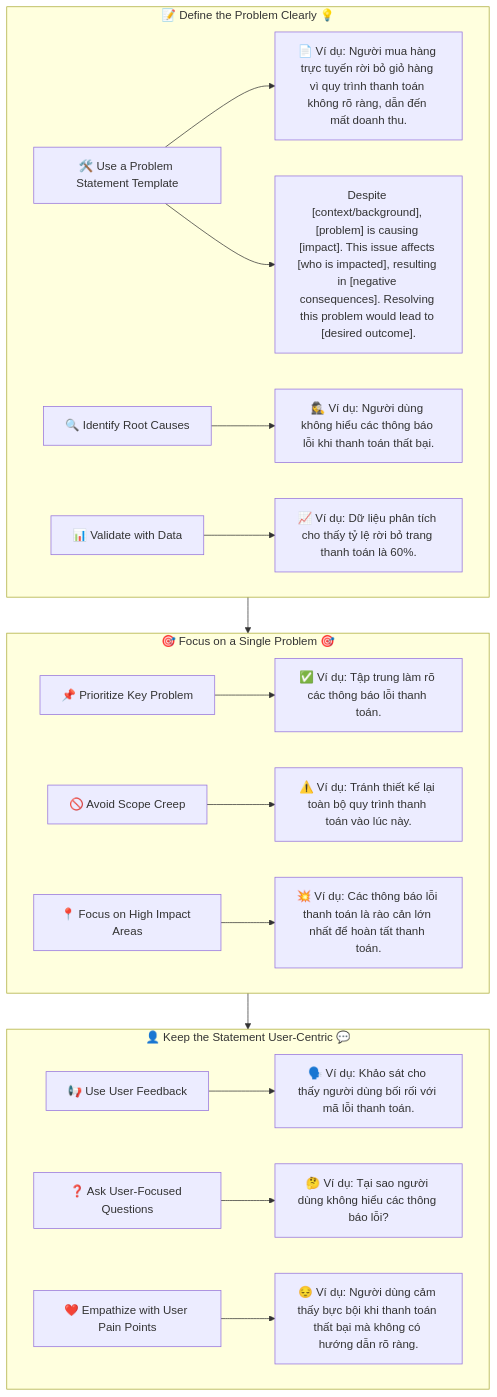
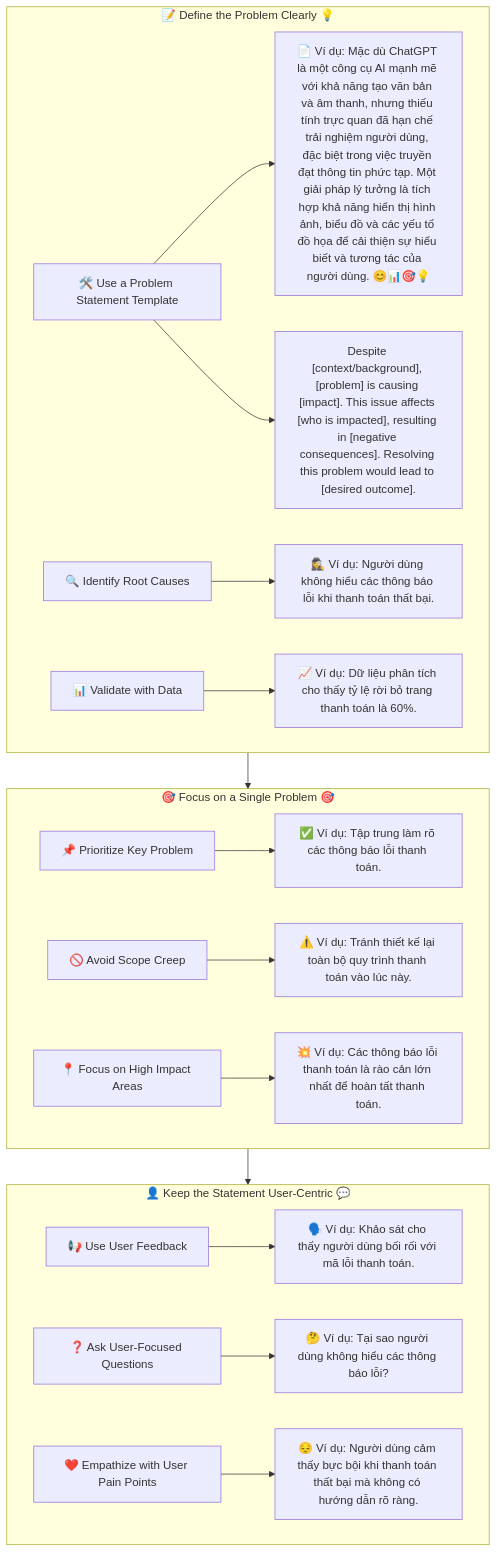
The diagram in docs/designsprintkit/phases/01-Understand/02-Understand-the-Problem/02-Problem-Framing.mmd (qtvhao/quickcurl), drawn with Mermaid before and after one commit. The commit also changed 1 other file, not shown here.

Commit message:
Update problem statement example in problem framing flowchart for enhanced clarity

```diff
--- a/docs/designsprintkit/phases/01-Understand/02-Understand-the-Problem/02-Problem-Framing.mmd
+++ b/docs/designsprintkit/phases/01-Understand/02-Understand-the-Problem/02-Problem-Framing.mmd
@@ -1,25 +1,25 @@
 flowchart TD
     %% Define the Problem Clearly
     subgraph A1[📝 Define the Problem Clearly 💡]
-        B1[🛠️ Use a Problem Statement Template] --> E1["📄 Ví dụ: Người mua hàng trực tuyến rời bỏ giỏ hàng vì quy trình thanh toán không rõ ràng, dẫn đến mất doanh thu."]
+        B1[🛠️ Use a Problem Statement Template] --> E1["📄 Ví dụ: Mặc dù ChatGPT là một công cụ AI mạnh mẽ với khả năng tạo văn bản và âm thanh, nhưng thiếu tính trực quan đã hạn chế trải nghiệm người dùng, đặc biệt trong việc truyền đạt thông tin phức tạp. Một giải pháp lý tưởng là tích hợp khả năng hiển thị hình ảnh, biểu đồ và các yếu tố đồ họa để cải thiện sự hiểu biết và tương tác của người dùng. 😊📊🎯💡"]
         B1[🛠️ Use a Problem Statement Template] --> E4["Despite [context/background], [problem] is causing [impact]. This issue affects [who is impacted], resulting in [negative consequences]. Resolving this problem would lead to [desired outcome]."]
         B2[🔍 Identify Root Causes] --> E2["🕵️‍♀️ Ví dụ: Người dùng không hiểu các thông báo lỗi khi thanh toán thất bại."]
         B3[📊 Validate with Data] --> E3["📈 Ví dụ: Dữ liệu phân tích cho thấy tỷ lệ rời bỏ trang thanh toán là 60%."]
     end
 
     %% Focus on a Single Problem
     subgraph A2[🎯 Focus on a Single Problem 🎯]
         C1[📌 Prioritize Key Problem] --> F1["✅ Ví dụ: Tập trung làm rõ các thông báo lỗi thanh toán."]
         C2[🚫 Avoid Scope Creep] --> F2["⚠️ Ví dụ: Tránh thiết kế lại toàn bộ quy trình thanh toán vào lúc này."]
         C3[📍 Focus on High Impact Areas] --> F3["💥 Ví dụ: Các thông báo lỗi thanh toán là rào cản lớn nhất để hoàn tất thanh toán."]
     end
 
     %% Keep the Statement User-Centric
     subgraph A3[👤 Keep the Statement User-Centric 💬]
         D1[📢 Use User Feedback] --> G1["🗣️ Ví dụ: Khảo sát cho thấy người dùng bối rối với mã lỗi thanh toán."]
         D2[❓ Ask User-Focused Questions] --> G2["🤔 Ví dụ: Tại sao người dùng không hiểu các thông báo lỗi?"]
         D3[❤️ Empathize with User Pain Points] --> G3["😔 Ví dụ: Người dùng cảm thấy bực bội khi thanh toán thất bại mà không có hướng dẫn rõ ràng."]
     end
 
     %% Connect Subgraphs in Order
     A1 --> A2 --> A3
```
